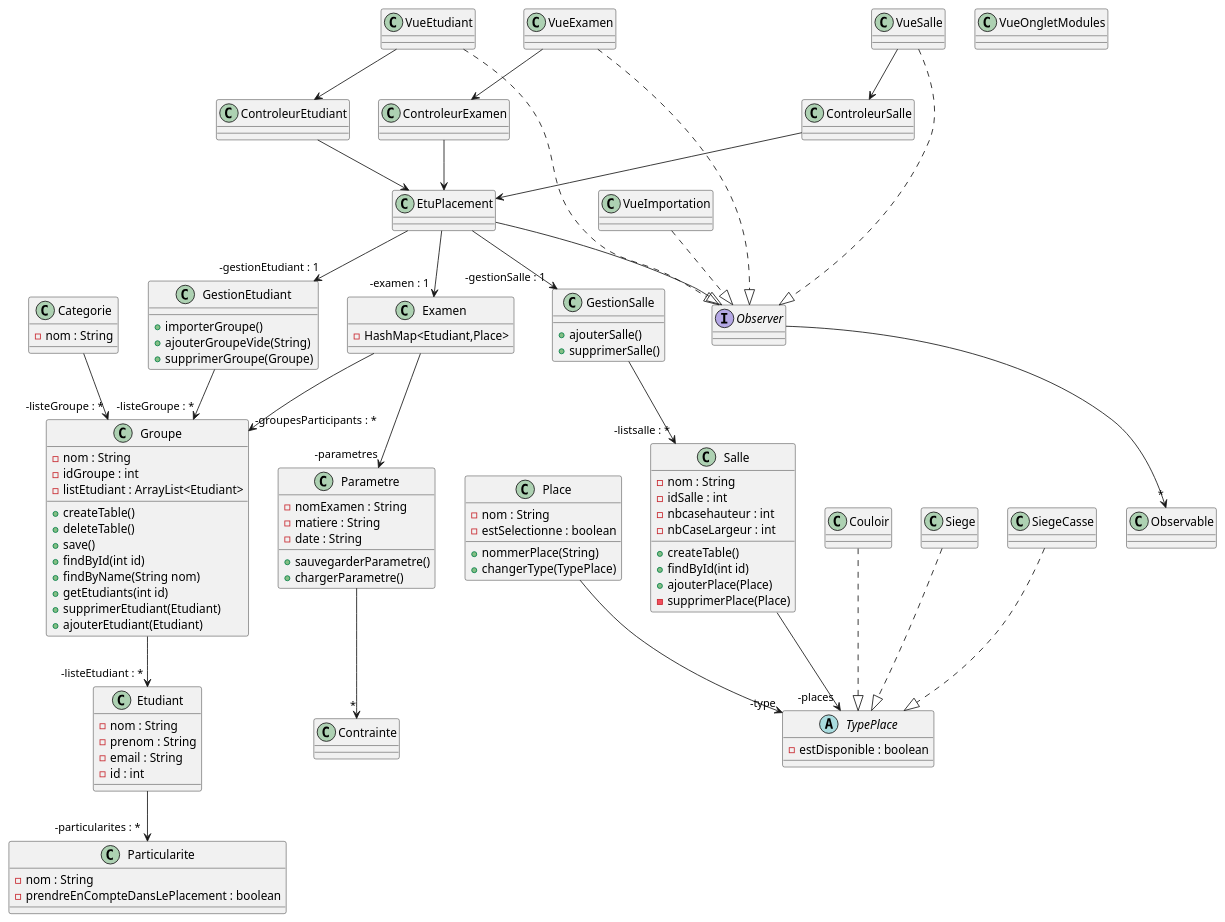
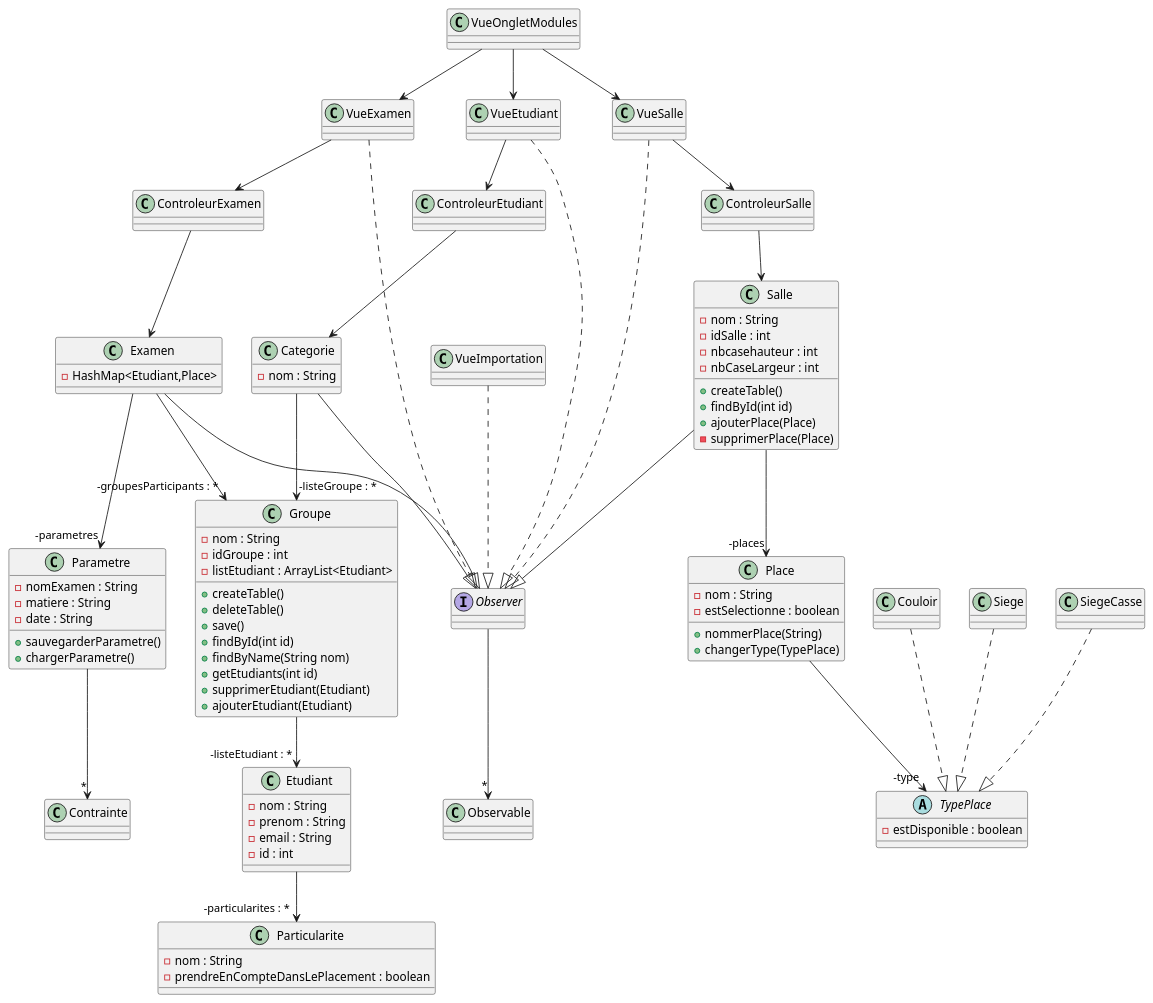
Before and after one commit to GeoffroyMuller/S3B_s23_BIANCALANA_GUEZENNEC_MULLER_PLAID: the diagram in diagramme_de_classe_etuPlacement.puml, drawn with PlantUML. The commit also changed 2 other files, not shown here.

```diff
--- a/diagramme_de_classe_etuPlacement.puml
+++ b/diagramme_de_classe_etuPlacement.puml
@@ -1,185 +1,173 @@
 @startuml
 
-class EtuPlacement{
 
-}
 
 class Examen{
 -HashMap<Etudiant,Place>
-}
-
-class GestionEtudiant{
- +importerGroupe()
- +ajouterGroupeVide(String)
- +supprimerGroupe(Groupe)
-}
-
-class GestionSalle{
-+ajouterSalle()
-+supprimerSalle()
 }
 
 class Salle{
 - nom : String
 - idSalle : int
 - nbcasehauteur : int
 - nbCaseLargeur : int
 
 +createTable()
 +findById(int id)
 +ajouterPlace(Place)
 -supprimerPlace(Place)
 }
 
 class Place{
 -nom : String
 -estSelectionne : boolean
 +nommerPlace(String)
 +changerType(TypePlace)
 }
 
 abstract TypePlace{
 -estDisponible : boolean
 }
 
 class Couloir{
 
 }
 
 class Siege{
 
 }
 
 class SiegeCasse{
 
 }
 
 class Parametre{
 -nomExamen : String
 -matiere : String
 -date : String
 
 +sauvegarderParametre()
 +chargerParametre()
 }
 
 class Contrainte{
 }
 
 Parametre --> "*" Contrainte
 
 class Groupe{
 - nom : String
 - idGroupe : int
 - listEtudiant : ArrayList<Etudiant>
 +createTable()
 +deleteTable()
 +save()
 +findById(int id)
 +findByName(String nom)
 +getEtudiants(int id)
 +supprimerEtudiant(Etudiant)
 +ajouterEtudiant(Etudiant)
 }
 
 class Categorie{
 -nom : String
 }
 
 class Etudiant{
 -nom : String
 -prenom : String
 -email : String
 -id : int
 }
 
 class Particularite{
 -nom : String
 -prendreEnCompteDansLePlacement : boolean
 }
 
 class VueEtudiant{
 }
 
 class VueExamen{
 }
 
 class VueSalle{
 }
 
 class VueOngletModules{
 }
 
 class VueImportation{
 }
 
 class ControleurExamen{
 }
 
 class ControleurEtudiant{
 }
 
 class ControleurSalle{
 }
 
 interface Observer{
 }
 
 class Observable{
 }
 
-ControleurSalle --> EtuPlacement
+ControleurSalle --> Salle
 
-ControleurExamen --> EtuPlacement
+ControleurExamen --> Examen
 
-ControleurEtudiant --> EtuPlacement
+ControleurEtudiant --> Categorie
 
-
+VueOngletModules --> VueEtudiant
+VueOngletModules --> VueExamen
+VueOngletModules --> VueSalle
 
 VueEtudiant ..|> Observer
 
 VueExamen ..|> Observer
 
 VueSalle ..|>Observer
 
 VueImportation ..|> Observer
 
 Observer --> "*" Observable
 
 VueEtudiant --> ControleurEtudiant
 
 VueExamen --> ControleurExamen
 
 VueSalle --> ControleurSalle
 
-EtuPlacement --|> Observer
+Examen --|> Observer
+Categorie --|> Observer
+Salle --|> Observer
 
 
-EtuPlacement --> "-examen : 1" Examen
-EtuPlacement --> "-gestionEtudiant : 1" GestionEtudiant
-EtuPlacement --> "-gestionSalle : 1" GestionSalle
 
-GestionSalle --> "-listsalle : *" Salle
 
-Salle --> "-places" TypePlace
+
+Salle --> "-places" Place
 
 Place --> "-type" TypePlace
 
 Couloir ..|> TypePlace
 Siege ..|> TypePlace
 SiegeCasse ..|> TypePlace
 
 Examen --> "-parametres" Parametre
 Examen --> "-groupesParticipants : *" Groupe
 
-GestionEtudiant --> "-listeGroupe : *" Groupe
+
 
 Categorie --> "-listeGroupe : *" Groupe
 
 Groupe --> "-listeEtudiant : *" Etudiant
 
 Etudiant --> "-particularites : *" Particularite
 
 
 
 @enduml
```
